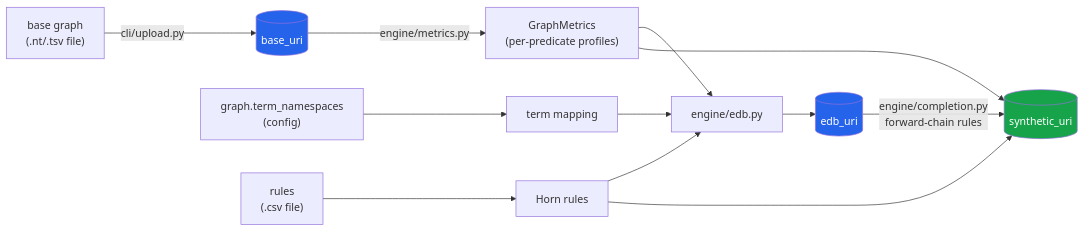
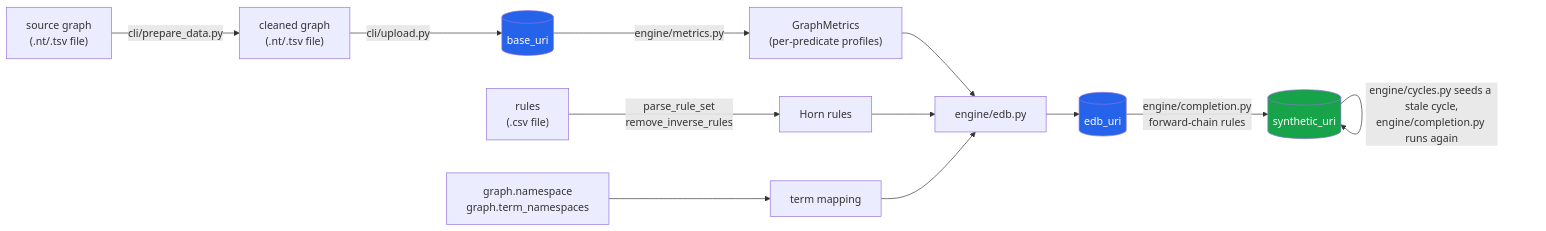
The first of 2 diagrams in docs/architecture.md (DavidGomez00/synthetic-knowledge-graph-generator), drawn with Mermaid before and after one commit. The commit also changed other lines of this file and 5 other files, not shown here.

````diff
--- a/docs/architecture.md
+++ b/docs/architecture.md
@@ -9,21 +9,19 @@
 ```mermaid
 flowchart LR
-    NT["base graph<br/>(.nt/.tsv file)"] -->|cli/upload.py| BASE[("base_uri")]
-    ONTO["graph.term_namespaces<br/>(config)"] --> TERM["term mapping"]
-    RULES["rules<br/>(.csv file)"] --> HORN["Horn rules"]
+    RAW["source graph<br/>(.nt/.tsv file)"] -->|cli/prepare_data.py| NT["cleaned graph<br/>(.nt/.tsv file)"]
+    NT -->|cli/upload.py| BASE[("base_uri")]
+    NS["graph.namespace<br/>graph.term_namespaces"] --> TERM["term mapping"]
+    RULES["rules<br/>(.csv file)"] -->|"parse_rule_set<br/>remove_inverse_rules"| HORN["Horn rules"]
 
     BASE -->|engine/metrics.py| METRICS["GraphMetrics<br/>(per-predicate profiles)"]
 
-    METRICS --> EDBGEN
-    HORN --> EDBGEN
-    TERM --> EDBGEN
-    EDBGEN["engine/edb.py"] --> EDB[("edb_uri")]
+    METRICS & HORN & TERM --> EDBGEN["engine/edb.py"]
+    EDBGEN --> EDB[("edb_uri")]
 
     EDB -->|"engine/completion.py<br/>forward-chain rules"| SYN[("synthetic_uri")]
-    HORN --> SYN
-    METRICS --> SYN
+    SYN -->|"engine/cycles.py seeds a stale cycle,<br/>engine/completion.py runs again"| SYN
 
     style BASE fill:#2563eb,color:#fff
     style EDB fill:#2563eb,color:#fff
     style SYN fill:#16a34a,color:#fff
 ```
````
